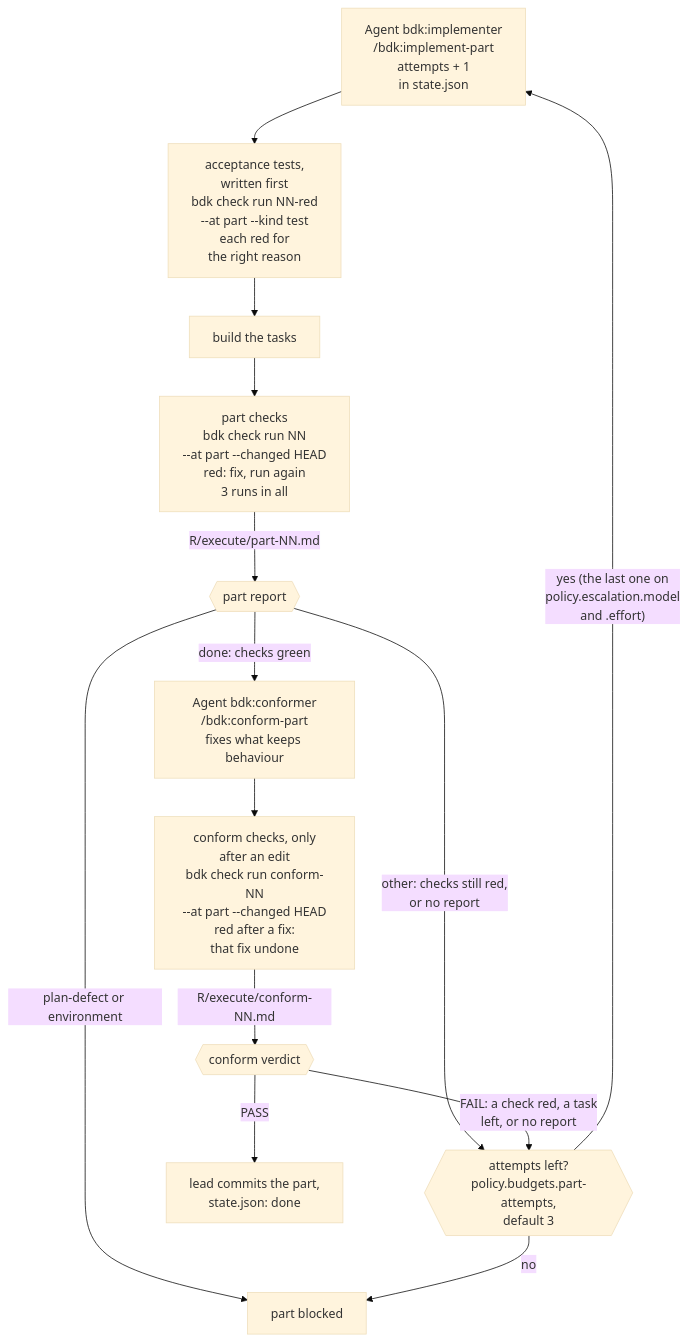
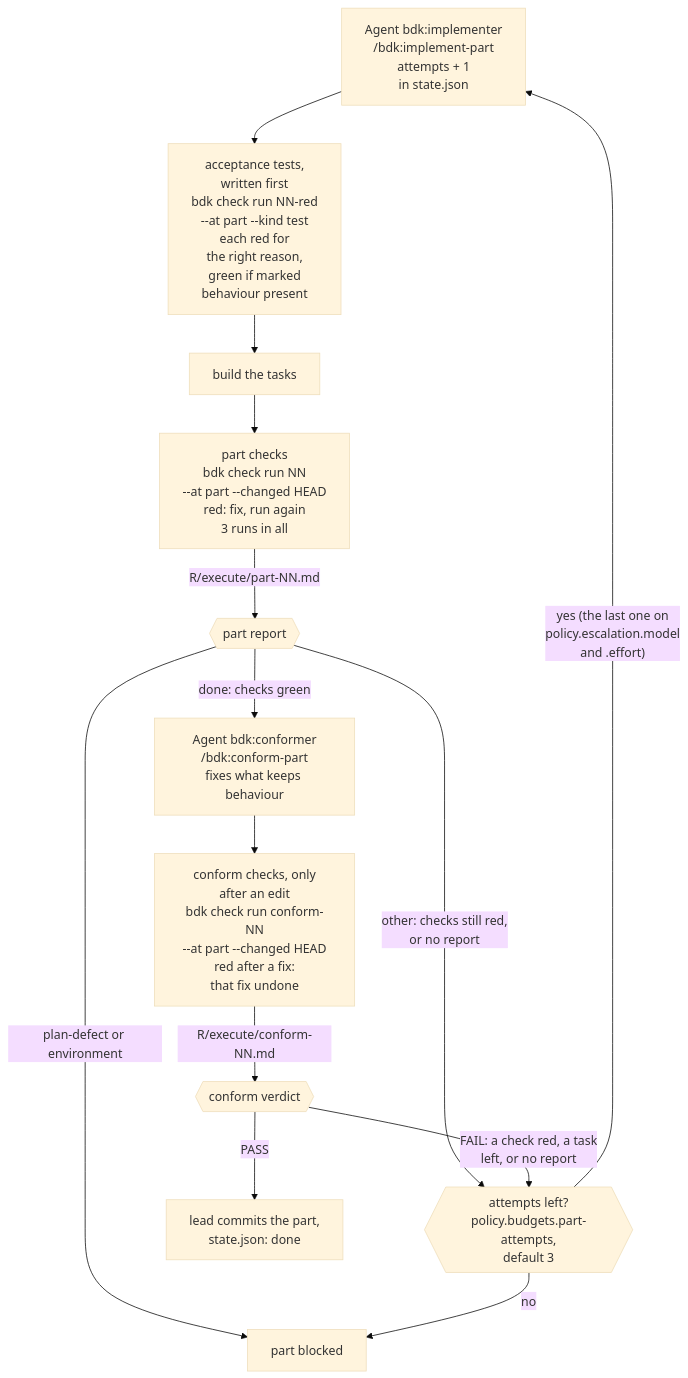
The seventh of 16 diagrams in docs/concepts/orchestrators.md (broneq/bdk), drawn with Mermaid (base theme) before and after one commit. The commit also changed 45 other files, not shown here.

First line of the commit message:
fix(skills): build a fix part that only adds a test of present behaviour

````diff
--- a/docs/concepts/orchestrators.md
+++ b/docs/concepts/orchestrators.md
@@ -149,17 +149,17 @@
 ```mermaid
 flowchart TB
   IMP["Agent bdk:implementer<br/>/bdk:implement-part<br/>attempts + 1<br/>in state.json"]
-  IMP --> RED["acceptance tests,<br/>written first<br/>bdk check run NN-red<br/>--at part --kind test<br/>each red for<br/>the right reason"]
+  IMP --> RED["acceptance tests,<br/>written first<br/>bdk check run NN-red<br/>--at part --kind test<br/>each red for<br/>the right reason,<br/>green if marked<br/>behaviour present"]
   RED --> BUILD["build the tasks"]
   BUILD --> PC["part checks<br/>bdk check run NN<br/>--at part --changed HEAD<br/>red: fix, run again<br/>3 runs in all"]
   PC -->|"R/execute/part-NN.md"| RI{{"part report"}}
   RI -->|"plan-defect or environment"| PB["part blocked"]
   RI -->|"other: checks still red,<br/>or no report"| RETRY
   RI -->|"done: checks green"| CONF["Agent bdk:conformer<br/>/bdk:conform-part<br/>fixes what keeps behaviour"]
   CONF --> CC["conform checks, only<br/>after an edit<br/>bdk check run conform-NN<br/>--at part --changed HEAD<br/>red after a fix:<br/>that fix undone"]
   CC -->|"R/execute/conform-NN.md"| RC{{"conform verdict"}}
   RC -->|"FAIL: a check red, a task<br/>left, or no report"| RETRY{{"attempts left?<br/>policy.budgets.part-attempts,<br/>default 3"}}
   RETRY -->|"yes (the last one on<br/>policy.escalation.model<br/>and .effort)"| IMP
   RETRY -->|"no"| PB
   RC -->|"PASS"| COM["lead commits the part,<br/>state.json: done"]
 ```
````
